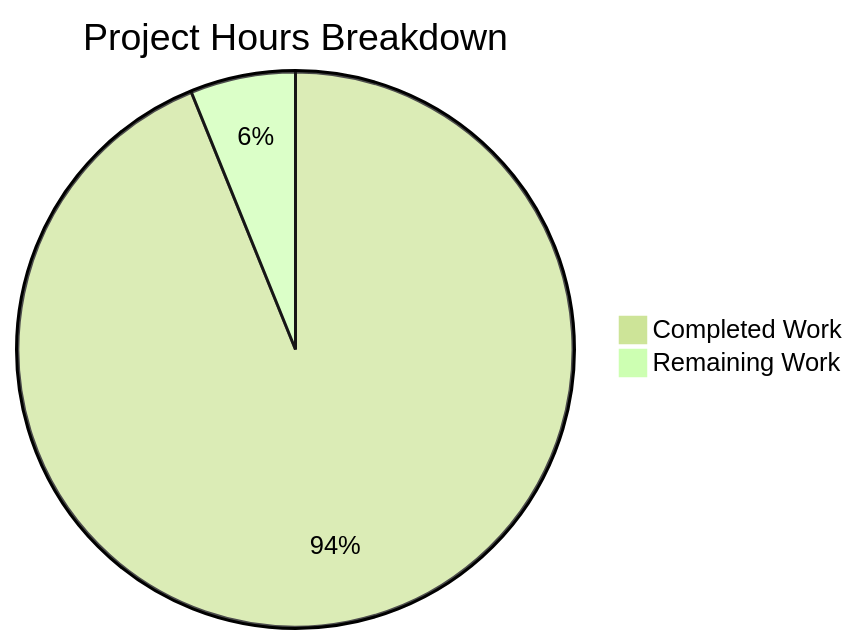
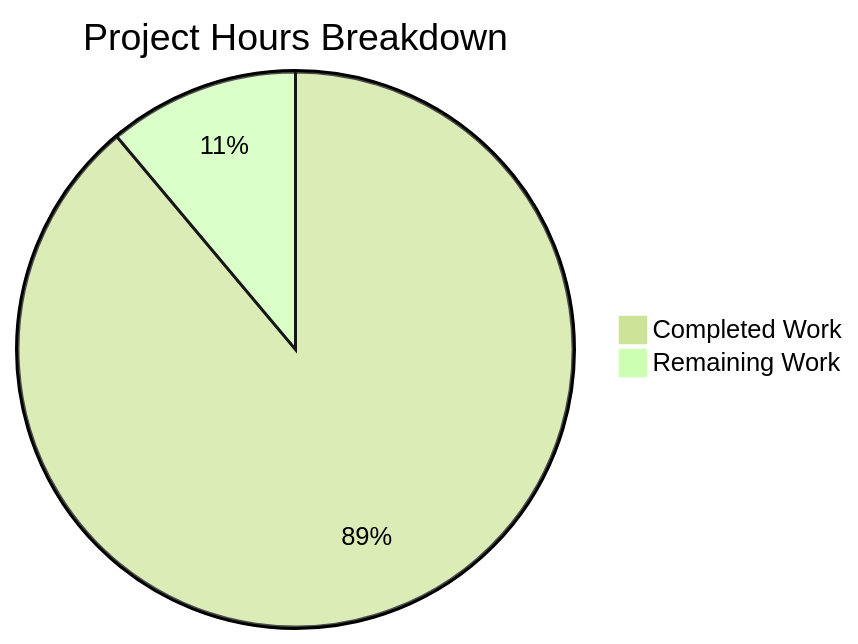
Before and after one commit to sudhanshu-spec/test-spec: the diagram in blitzy/documentation/Project Guide.md, drawn with Mermaid (forest theme). The commit also changed other lines of this file, not shown here.

Commit message:
Adding Blitzy Project Guide: Project Status and Human Tasks Remaining

````diff
--- a/blitzy/documentation/Project Guide.md
+++ b/blitzy/documentation/Project Guide.md
@@ -73,5 +19,5 @@
 ```mermaid
 pie title Project Hours Breakdown
-    "Completed Work" : 23
-    "Remaining Work" : 1.5
+    "Completed Work" : 16
+    "Remaining Work" : 2
 ```
````
